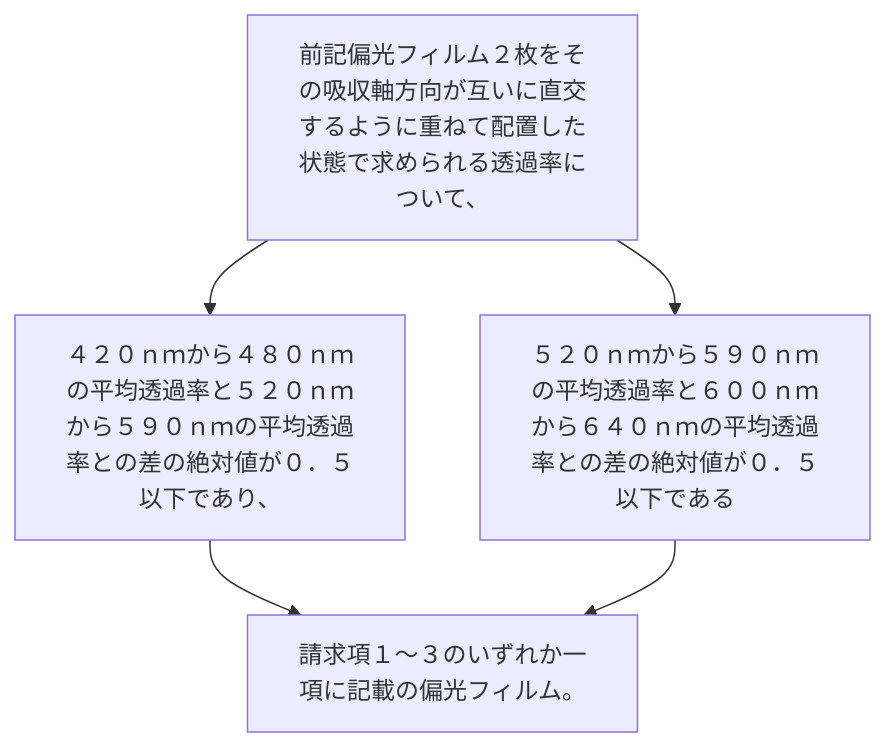
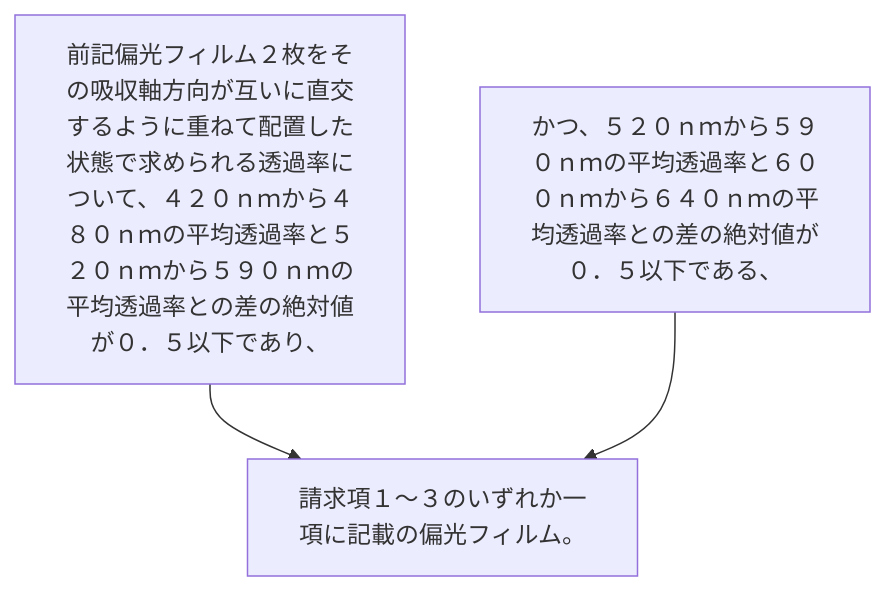
One commit to shinmori55/patent_analyzed changed the diagram in 2024/JP2024031583A/claim_8/README.md. Above: the diagram before and after it, drawn with Mermaid. The commit also changed 336 other files, not shown here.

````diff
--- a/2024/JP2024031583A/claim_8/README.md
+++ b/2024/JP2024031583A/claim_8/README.md
@@ -2,11 +2,8 @@
 ```mermaid
 flowchart TD
-A[前記偏光フィルム２枚をその吸収軸方向が互いに直交するように重ねて配置した状態で求められる透過率について、]
-B[４２０ｎｍから４８０ｎｍの平均透過率と５２０ｎｍから５９０ｎｍの平均透過率との差の絶対値が０．５以下であり、]
-C[５２０ｎｍから５９０ｎｍの平均透過率と６００ｎｍから６４０ｎｍの平均透過率との差の絶対値が０．５以下である]
-D[請求項１～３のいずれか一項に記載の偏光フィルム。]
-A --> B
+A[前記偏光フィルム２枚をその吸収軸方向が互いに直交するように重ねて配置した状態で求められる透過率について、４２０ｎｍから４８０ｎｍの平均透過率と５２０ｎｍから５９０ｎｍの平均透過率との差の絶対値が０．５以下であり、]
+B[かつ、５２０ｎｍから５９０ｎｍの平均透過率と６００ｎｍから６４０ｎｍの平均透過率との差の絶対値が０．５以下である、]
+C[請求項１～３のいずれか一項に記載の偏光フィルム。]
 A --> C
-B --> D
-C --> D
+B --> C
 ```
````
